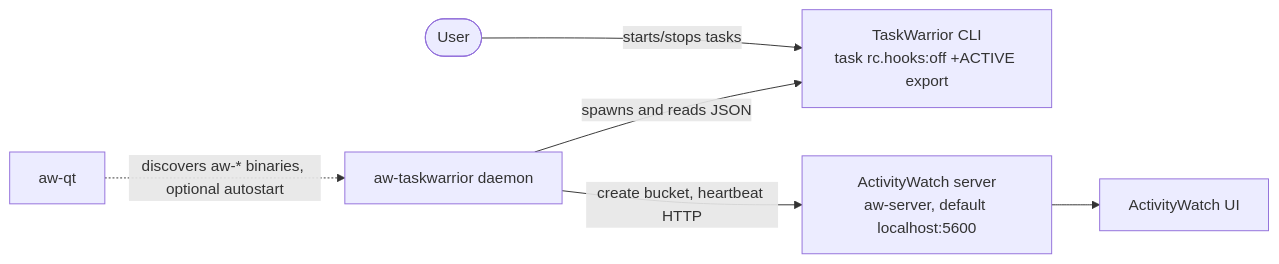
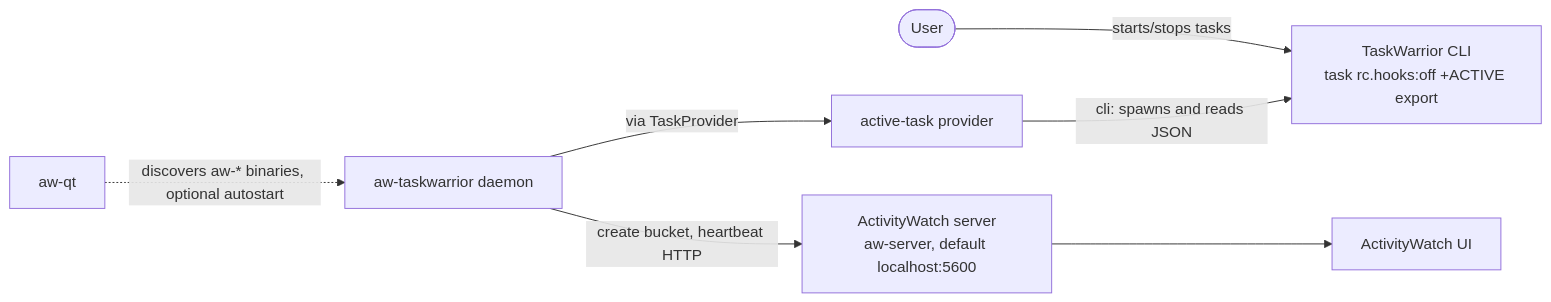
The first of 4 diagrams in docs/architecture.md (emirhg/aw-taskwarrior), drawn with Mermaid before and after one commit. The commit also changed other lines of this file and 18 other files, not shown here.

First line of the commit message:
refactor: move active-task sources behind a TaskProvider trait

````diff
--- a/docs/architecture.md
+++ b/docs/architecture.md
@@ -7,8 +7,9 @@
 ```mermaid
 flowchart LR
     user([User]) -->|starts/stops tasks| tw[TaskWarrior CLI<br/>task rc.hooks:off +ACTIVE export]
-    daemon[aw-taskwarrior daemon] -->|spawns and reads JSON| tw
+    daemon[aw-taskwarrior daemon] -->|via TaskProvider| prov[active-task provider]
+    prov -->|cli: spawns and reads JSON| tw
     daemon -->|create bucket, heartbeat HTTP| aws[ActivityWatch server<br/>aw-server, default localhost:5600]
     awqt[aw-qt] -.->|discovers aw-* binaries, optional autostart| daemon
     aws --> ui[ActivityWatch UI]
 ```
````
